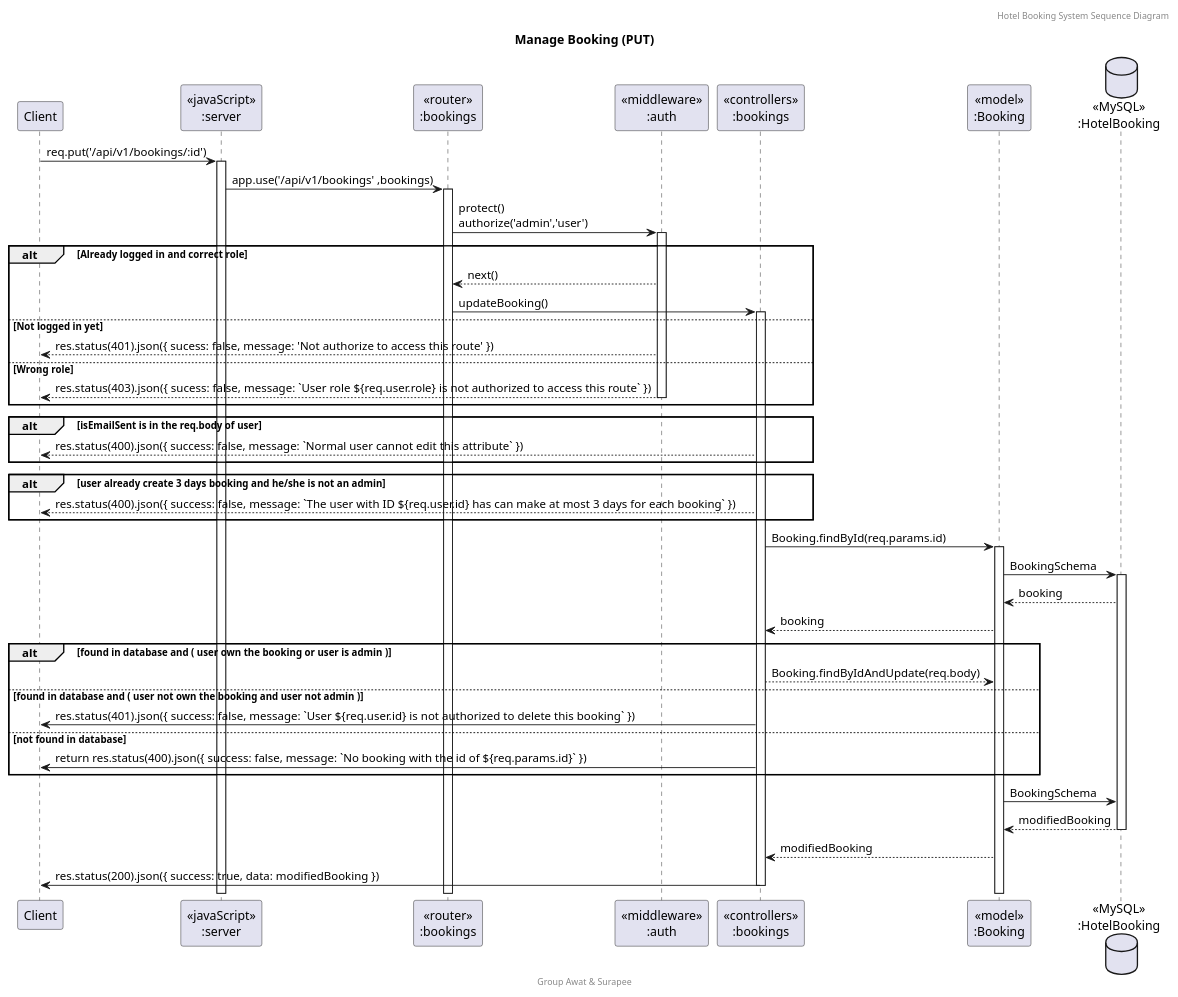
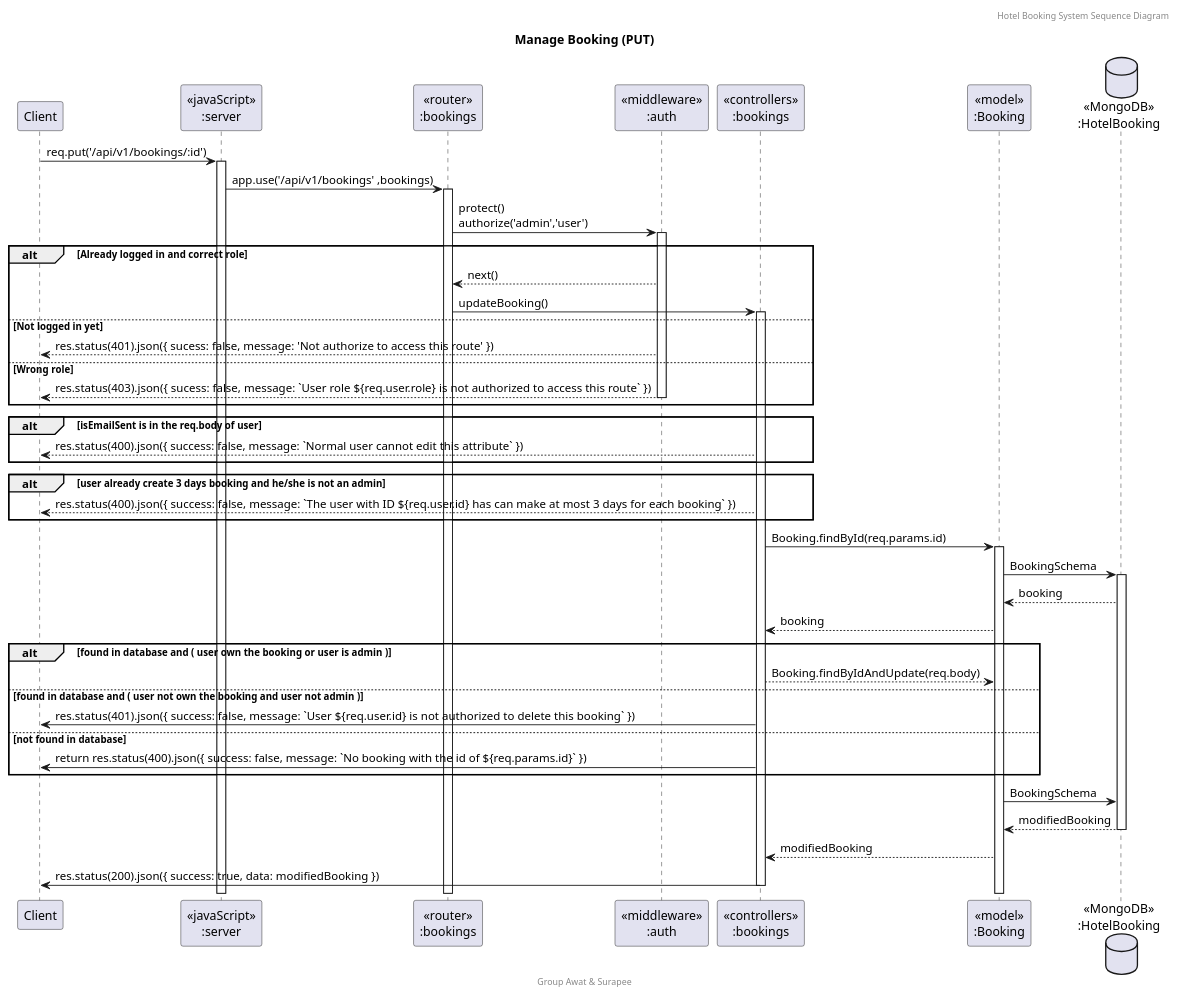
The diagram in doc/Sequence Diagram/puml/Booking_Put.puml (northsurapee/Hotel_Booking), drawn with PlantUML before and after one commit. The commit also changed 26 other files, not shown here.

Commit message:
feat: delete plantUML generated folers and add class diagram

```diff
--- a/doc/Sequence Diagram/puml/Booking_Put.puml
+++ b/doc/Sequence Diagram/puml/Booking_Put.puml
@@ -1,49 +1,49 @@
 @startuml Manage Booking (PUT)
 
 header Hotel Booking System Sequence Diagram
 footer Group Awat & Surapee
 title "Manage Booking (PUT)"
 
 participant "Client" as client
 participant "<<javaScript>>\n:server" as server
 participant "<<router>>\n:bookings" as routerBooking
 participant "<<middleware>>\n:auth" as middleware
 participant "<<controllers>>\n:bookings" as controllersBooking
 participant "<<model>>\n:Booking" as modelBooking
-database "<<MySQL>>\n:HotelBooking" as HotelBookingDatabase
+database "<<MongoDB>>\n:HotelBooking" as HotelBookingDatabase
 
 client -> server ++:req.put('/api/v1/bookings/:id')
 server -> routerBooking ++:app.use('/api/v1/bookings' ,bookings)
 routerBooking -> middleware ++:protect()\nauthorize('admin','user')
 alt Already logged in and correct role
     middleware --> routerBooking : next()
     routerBooking -> controllersBooking ++: updateBooking()
 else Not logged in yet
     middleware --> client : res.status(401).json({ sucess: false, message: 'Not authorize to access this route' })
 else Wrong role
     middleware --> client --: res.status(403).json({ sucess: false, message: `User role ${req.user.role} is not authorized to access this route` })
 end
 alt isEmailSent is in the req.body of user
     controllersBooking --> client : res.status(400).json({ success: false, message: `Normal user cannot edit this attribute` })
 end
 alt user already create 3 days booking and he/she is not an admin
     controllersBooking --> client : res.status(400).json({ success: false, message: `The user with ID ${req.user.id} has can make at most 3 days for each booking` }) 
 end
 controllersBooking -> modelBooking ++: Booking.findById(req.params.id)
 modelBooking -> HotelBookingDatabase ++: BookingSchema
 HotelBookingDatabase --> modelBooking : booking
 controllersBooking <-- modelBooking : booking
 alt found in database and ( user own the booking or user is admin )
     controllersBooking --> modelBooking : Booking.findByIdAndUpdate(req.body)
 else found in database and ( user not own the booking and user not admin )
     controllersBooking -> client : res.status(401).json({ success: false, message: `User ${req.user.id} is not authorized to delete this booking` })
 else not found in database
     controllersBooking -> client : return res.status(400).json({ success: false, message: `No booking with the id of ${req.params.id}` })
 end
 modelBooking -> HotelBookingDatabase : BookingSchema
 HotelBookingDatabase --> modelBooking --: modifiedBooking
 controllersBooking <-- modelBooking : modifiedBooking
 controllersBooking -> client --:res.status(200).json({ success: true, data: modifiedBooking })
 
 
 @enduml
```
